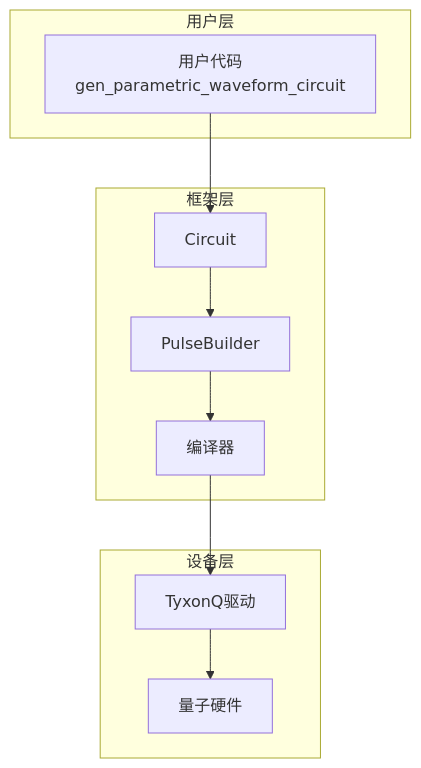
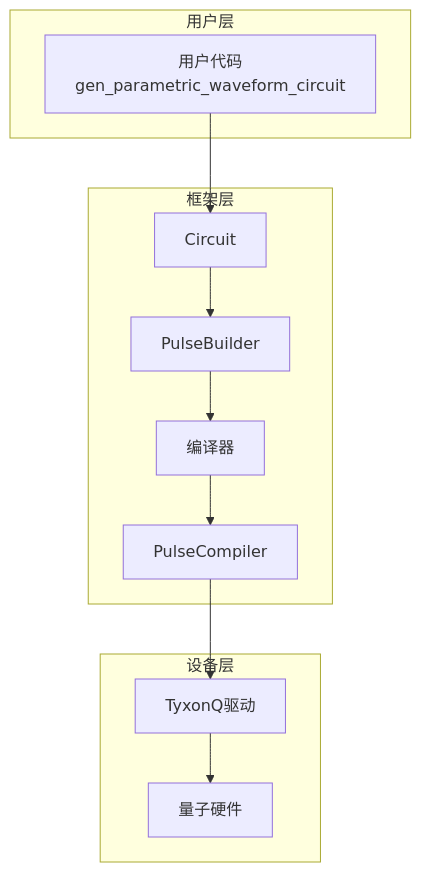
Before and after one commit to QureGenAI-Biotech/TyxonQ: the fourth of 4 diagrams in .qoder/repowiki/zh/content/高级特性/脉冲级控制.md, drawn with Mermaid. The commit also changed other lines of this file and 57 other files, not shown here.

````diff
--- a/.qoder/repowiki/zh/content/高级特性/脉冲级控制.md
+++ b/.qoder/repowiki/zh/content/高级特性/脉冲级控制.md
@@ -98,20 +780,22 @@
 ```mermaid
 graph TB
 subgraph "用户层"
-A["用户代码<br>gen_parametric_waveform_circuit"]
+A["用户代码<br/>gen_parametric_waveform_circuit"]
 end
 subgraph "框架层"
 B["Circuit"]
 C["PulseBuilder"]
 D["编译器"]
+E["PulseCompiler"]
 end
 subgraph "设备层"
-E["TyxonQ驱动"]
-F["量子硬件"]
+F["TyxonQ驱动"]
+G["量子硬件"]
 end
 A --> B
 B --> C
 C --> D
 D --> E
 E --> F
+F --> G
 ```
````
